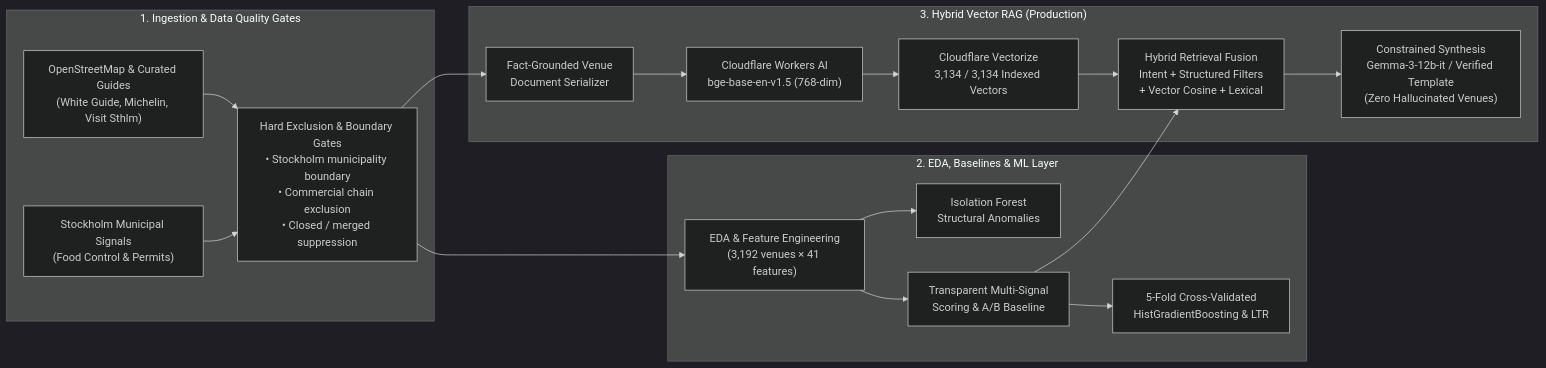
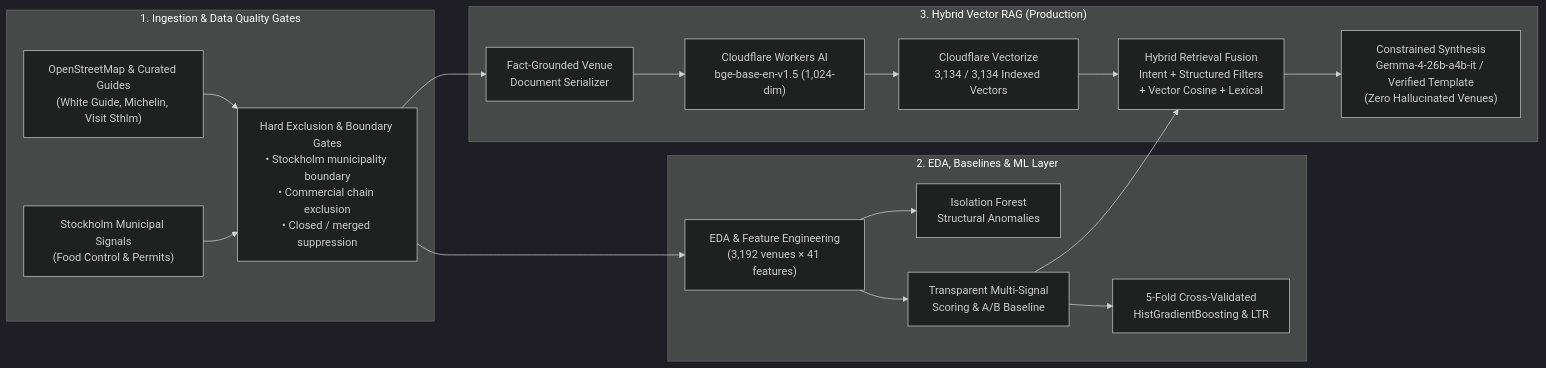
The first of 2 diagrams in README.md (tompat1/motkarta-ml-rag-exam), drawn with Mermaid (dark theme) before and after one commit. The commit also changed other lines of this file and 8 other files, not shown here.

Commit message:
Add Notebook 04 & Figure 6 proving full Vector RAG, RRF fusion, and Gemma-4 synthesis guardrails

````diff
--- a/README.md
+++ b/README.md
@@ -35,35 +35,35 @@
 ```mermaid
 flowchart LR
   subgraph Data["1. Ingestion & Data Quality Gates"]
     OSM["OpenStreetMap & Curated Guides<br/>(White Guide, Michelin, Visit Sthlm)"]
     MUNI["Stockholm Municipal Signals<br/>(Food Control & Permits)"]
     GATES["Hard Exclusion & Boundary Gates<br/>• Stockholm municipality boundary<br/>• Commercial chain exclusion<br/>• Closed / merged suppression"]
   end
 
   subgraph ML["2. EDA, Baselines & ML Layer"]
     EDA["EDA & Feature Engineering<br/>(3,192 venues × 41 features)"]
     OUT["Isolation Forest<br/>Structural Anomalies"]
     BASE["Transparent Multi-Signal<br/>Scoring & A/B Baseline"]
     LTR["5-Fold Cross-Validated<br/>HistGradientBoosting & LTR"]
   end
 
   subgraph RAG["3. Hybrid Vector RAG (Production)"]
     DOC["Fact-Grounded Venue<br/>Document Serializer"]
-    EMB["Cloudflare Workers AI<br/>bge-base-en-v1.5 (768-dim)"]
+    EMB["Cloudflare Workers AI<br/>bge-base-en-v1.5 (1,024-dim)"]
     VEC["Cloudflare Vectorize<br/>3,134 / 3,134 Indexed Vectors"]
     RET["Hybrid Retrieval Fusion<br/>Intent + Structured Filters<br/>+ Vector Cosine + Lexical"]
-    SYN["Constrained Synthesis<br/>Gemma-3-12b-it / Verified Template<br/>(Zero Hallucinated Venues)"]
+    SYN["Constrained Synthesis<br/>Gemma-4-26b-a4b-it / Verified Template<br/>(Zero Hallucinated Venues)"]
   end
 
   OSM --> GATES
   MUNI --> GATES
   GATES --> EDA
   EDA --> OUT
   EDA --> BASE
   BASE --> LTR
   GATES --> DOC
   DOC --> EMB --> VEC
   VEC --> RET
   BASE --> RET
   RET --> SYN
 ```
````
